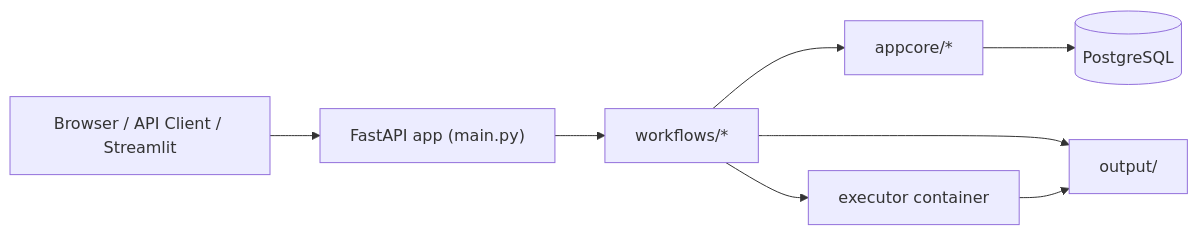
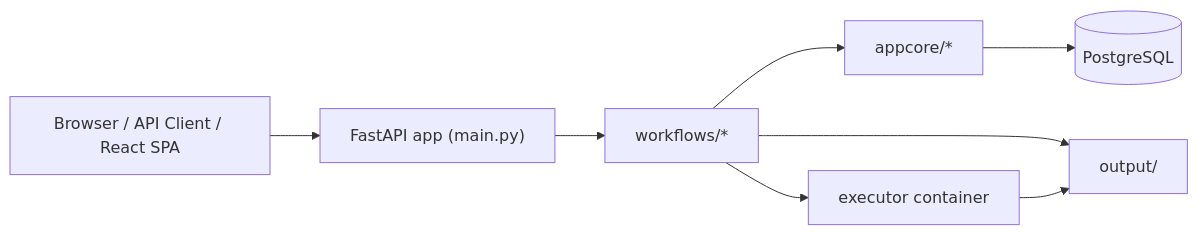
Before and after one commit to Ekremunalytu/automation_enviroment: the first of 4 diagrams in documents/ARCHITECTURE.md, drawn with Mermaid. The commit also changed other lines of this file and 16 other files, not shown here.

````diff
--- a/documents/ARCHITECTURE.md
+++ b/documents/ARCHITECTURE.md
@@ -9,10 +9,10 @@
 ```mermaid
 flowchart LR
-    Client["Browser / API Client / Streamlit"] --> API["FastAPI app (main.py)"]
+    Client["Browser / API Client / React SPA"] --> API["FastAPI app (main.py)"]
     API --> Workflows["workflows/*"]
     Workflows --> Appcore["appcore/*"]
     Appcore --> DB[("PostgreSQL")]
     Workflows --> Output["output/"]
     Workflows --> Executor["executor container"]
     Executor --> Output
 ```
````
